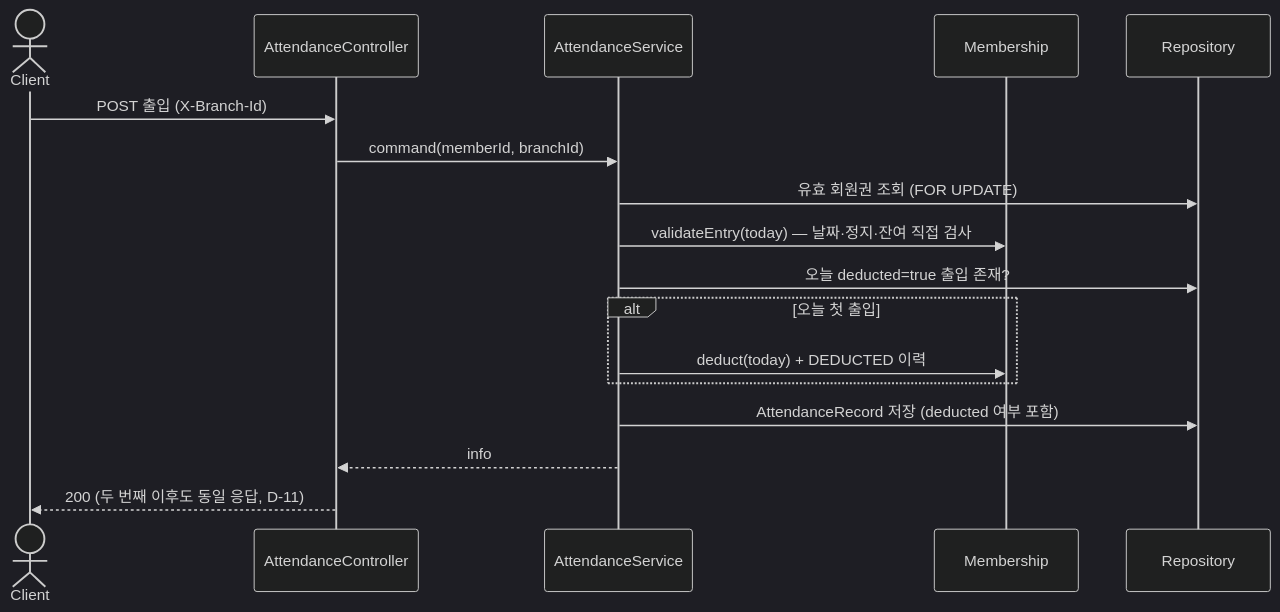
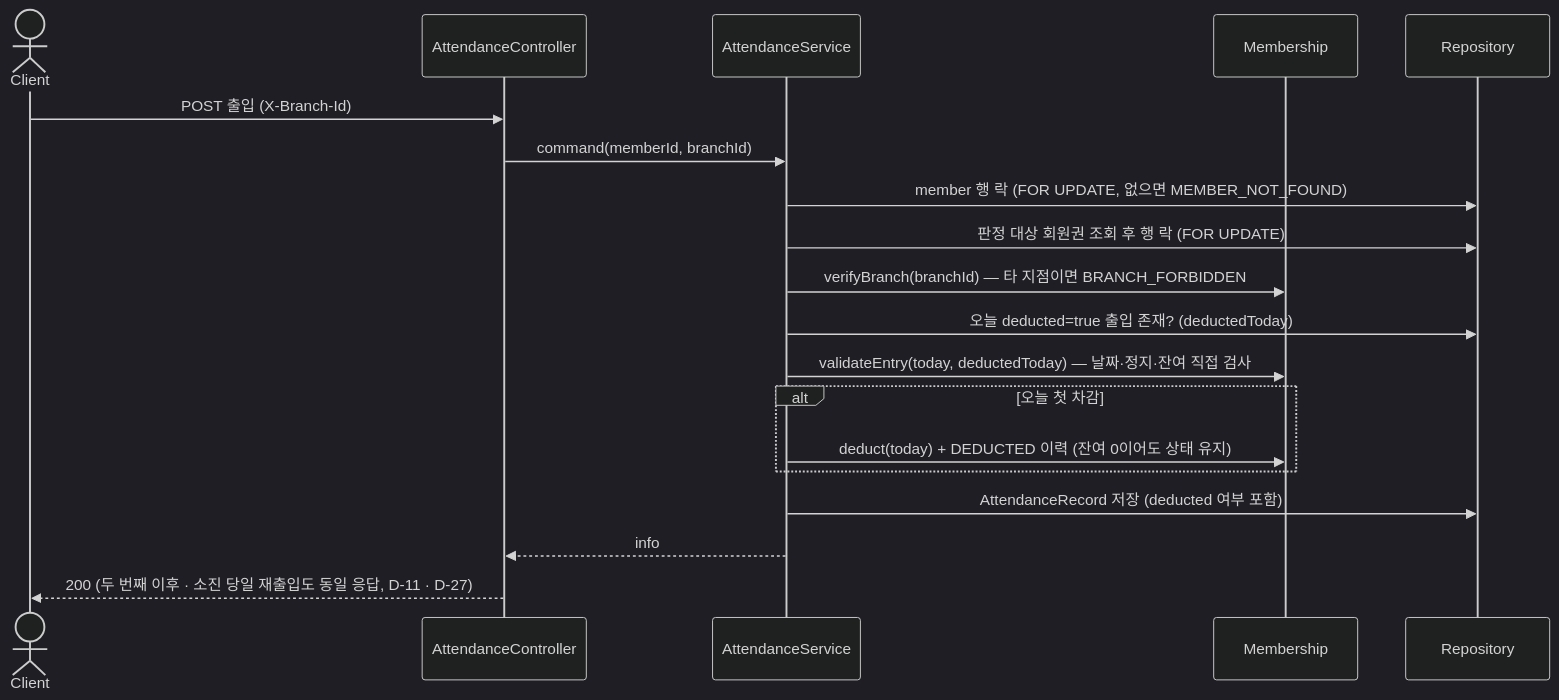
One commit to Lexyyaa/gym-pass changed the third of 3 diagrams in docs/design/03-domain-model.md. Above: the diagram before and after it, drawn with Mermaid (dark theme). The commit also changed other lines of this file and 4 other files, not shown here.

````diff
--- a/docs/design/03-domain-model.md
+++ b/docs/design/03-domain-model.md
@@ -476,20 +500,22 @@
 ```mermaid
 sequenceDiagram
     actor C as Client
     participant Ctrl as AttendanceController
     participant App as AttendanceService
     participant M as Membership
     participant Repo as Repository
 
     C->>Ctrl: POST 출입 (X-Branch-Id)
     Ctrl->>App: command(memberId, branchId)
-    App->>Repo: 유효 회원권 조회 (FOR UPDATE)
-    App->>M: validateEntry(today) — 날짜·정지·잔여 직접 검사
-    App->>Repo: 오늘 deducted=true 출입 존재?
-    alt 오늘 첫 출입
-        App->>M: deduct(today) + DEDUCTED 이력
+    App->>Repo: member 행 락 (FOR UPDATE, 없으면 MEMBER_NOT_FOUND)
+    App->>Repo: 판정 대상 회원권 조회 후 행 락 (FOR UPDATE)
+    App->>M: verifyBranch(branchId) — 타 지점이면 BRANCH_FORBIDDEN
+    App->>Repo: 오늘 deducted=true 출입 존재? (deductedToday)
+    App->>M: validateEntry(today, deductedToday) — 날짜·정지·잔여 직접 검사
+    alt 오늘 첫 차감
+        App->>M: deduct(today) + DEDUCTED 이력 (잔여 0이어도 상태 유지)
     end
     App->>Repo: AttendanceRecord 저장 (deducted 여부 포함)
     App-->>Ctrl: info
-    Ctrl-->>C: 200 (두 번째 이후도 동일 응답, D-11)
+    Ctrl-->>C: 200 (두 번째 이후 · 소진 당일 재출입도 동일 응답, D-11 · D-27)
 ```
````
